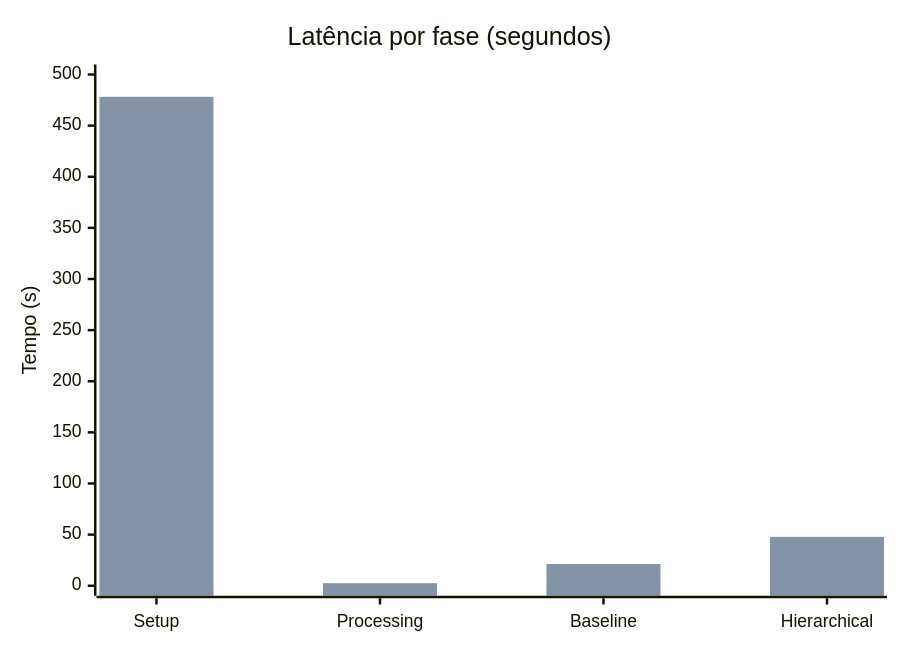
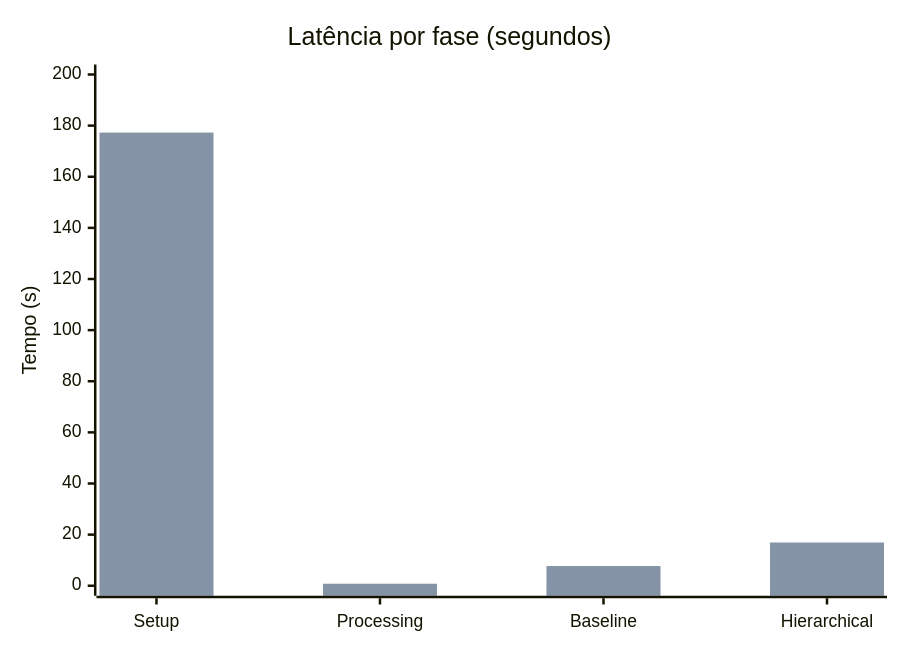
The sixth of 6 diagrams in docs/pipeline_diagram.md (DATA-UFMS/rampart-framework), drawn with Mermaid before and after one commit. The commit also changed other lines of this file and 1 other file, not shown here.

````diff
--- a/docs/pipeline_diagram.md
+++ b/docs/pipeline_diagram.md
@@ -313,8 +313,8 @@
 ```mermaid
 xychart-beta
     title "Latência por fase (segundos)"
     x-axis ["Setup", "Processing", "Baseline", "Hierarchical"]
-    y-axis "Tempo (s)" 0 --> 500
-    bar [0.83, 0.32, 3.81, 43.22]
-    bar [478.18, 2.50, 21.27, 47.83]
+    y-axis "Tempo (s)" 0 --> 200
+    bar [0.39, 0.16, 1.19, 15.23]
+    bar [177.28, 0.79, 7.71, 16.92]
 ```
````
